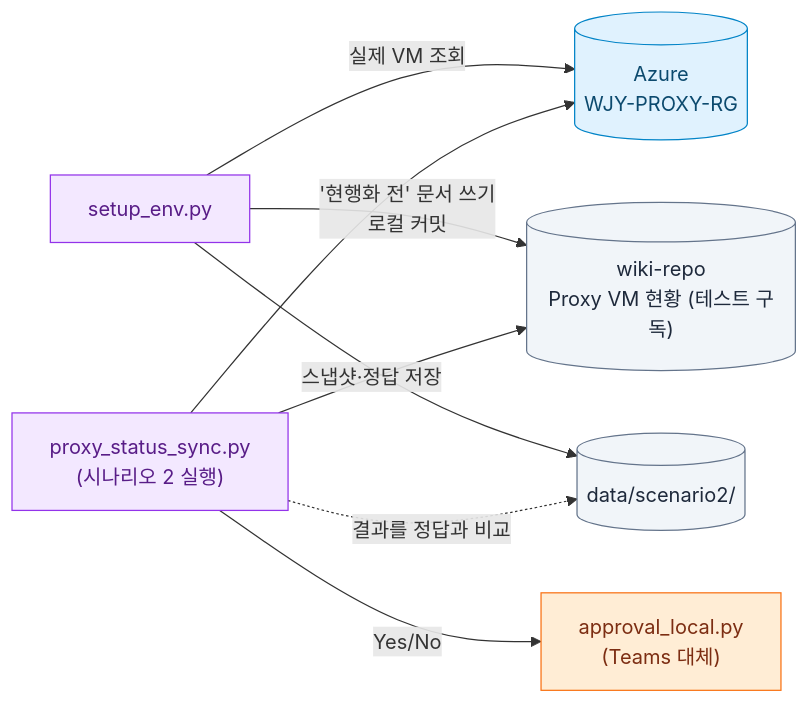
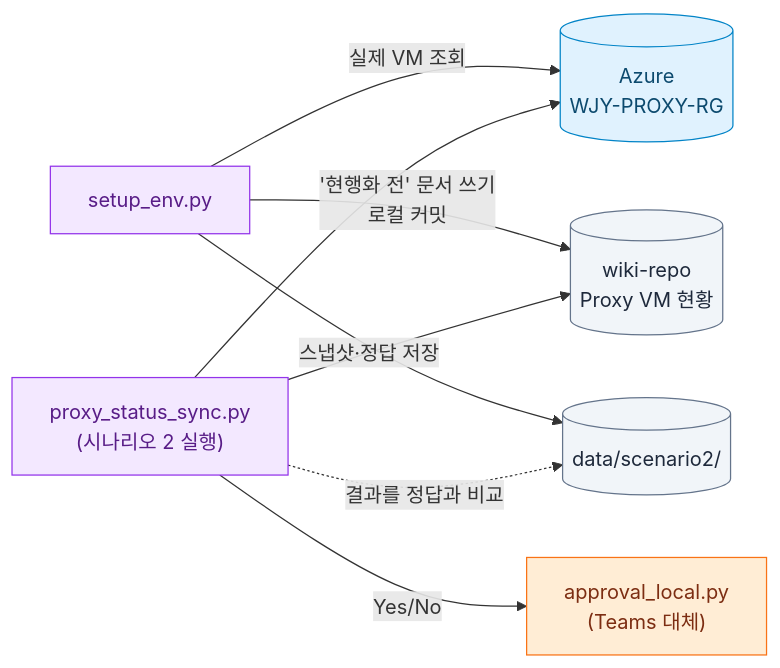
One commit to pcmola/ai-master changed the tenth of 10 diagrams in README.md. Above: the diagram before and after it, drawn with Mermaid. The commit also changed 2 other files, not shown here.

Commit message:
시나리오 2 현황 문서 이름을 'Proxy VM 현황'으로 바꿈('(테스트 구독)' 제거)

````diff
--- a/README.md
+++ b/README.md
@@ -957,18 +957,18 @@
 ```mermaid
 flowchart LR
     setup["setup_env.py"] -- "실제 VM 조회" --> az[("Azure<br/>WJY-PROXY-RG")]
-    setup -- "'현행화 전' 문서 쓰기<br/>로컬 커밋" --> wiki[("wiki-repo<br/>Proxy VM 현황 (테스트 구독)")]
+    setup -- "'현행화 전' 문서 쓰기<br/>로컬 커밋" --> wiki[("wiki-repo<br/>Proxy VM 현황")]
     setup -- "스냅샷·정답 저장" --> data[("data/scenario2/")]
     scenario["proxy_status_sync.py<br/>(시나리오 2 실행)"] --> az & wiki
     scenario -- "Yes/No" --> approval["approval_local.py<br/>(Teams 대체)"]
     scenario -. "결과를 정답과 비교" .-> data
 
     classDef tool fill:#F3E8FF,stroke:#9333EA,color:#581C87
     classDef store fill:#F1F5F9,stroke:#64748B,color:#1E293B
     classDef cloud fill:#E0F2FE,stroke:#0284C7,color:#0C4A6E
     classDef approve fill:#FFEDD5,stroke:#F97316,color:#7C2D12
     class setup,scenario tool
     class wiki,data store
     class az cloud
     class approval approve
 ```
````
